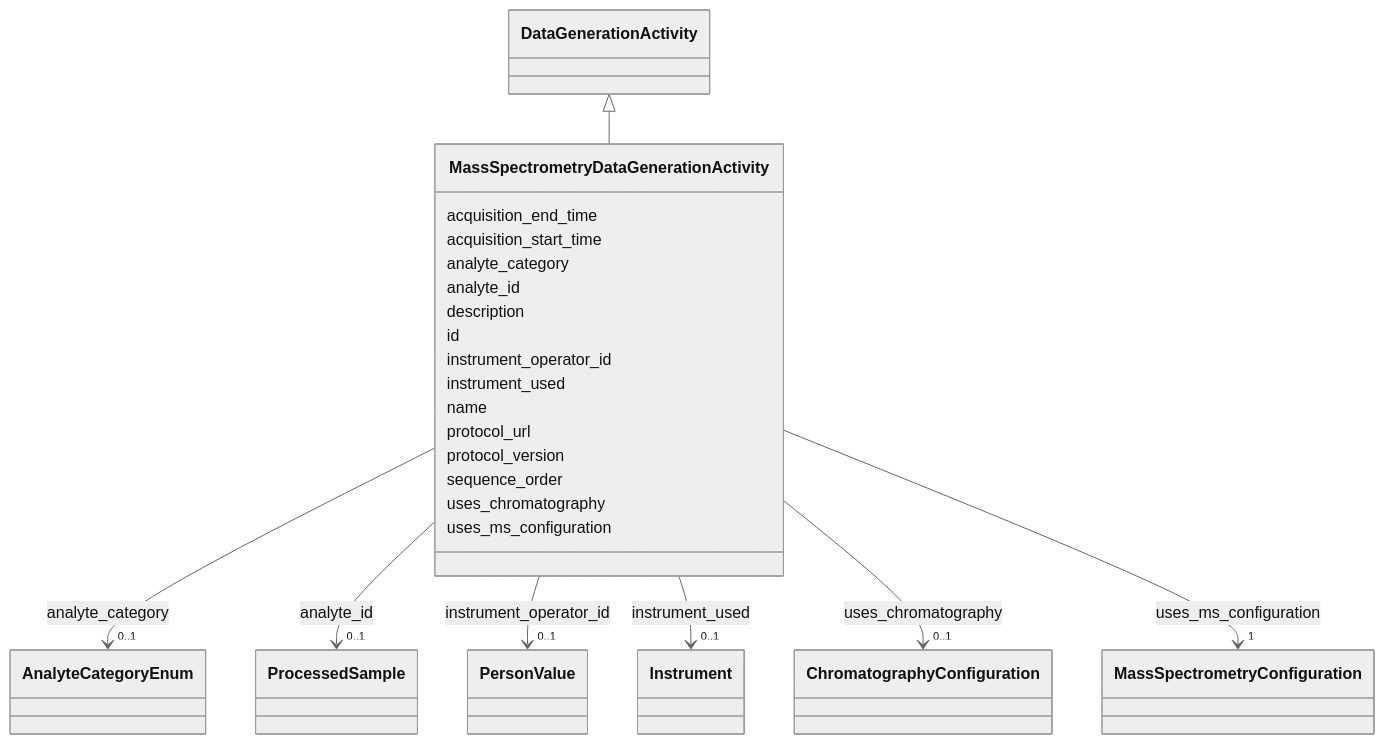
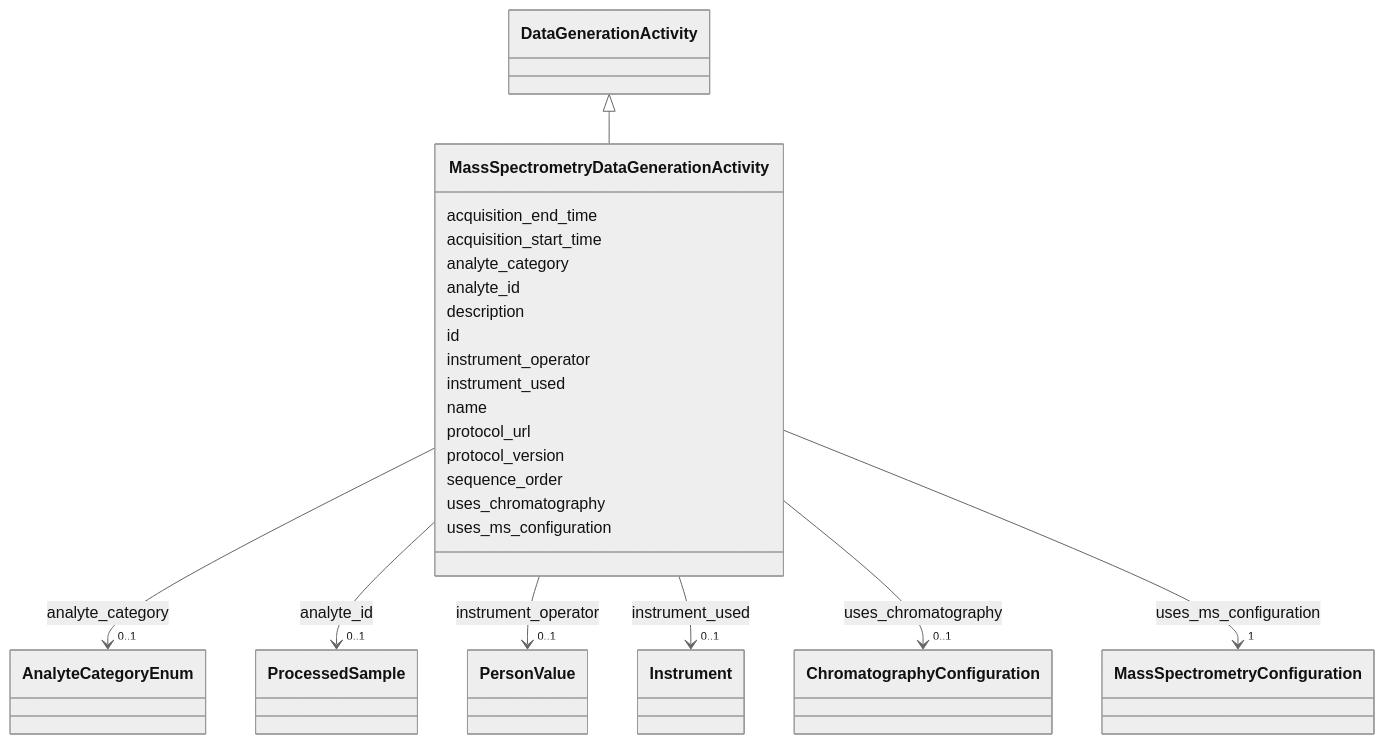
Before and after one commit to EMSL-Computing/BASALT-Schema: the diagram in docs/elements/MassSpectrometryDataGenerationActivity.md, drawn with Mermaid (neutral theme). The commit also changed other lines of this file and 550 other files, not shown here.

```diff
--- a/docs/elements/MassSpectrometryDataGenerationActivity.md
+++ b/docs/elements/MassSpectrometryDataGenerationActivity.md
@@ -52,13 +52,13 @@
         
       MassSpectrometryDataGenerationActivity : id
         
-      MassSpectrometryDataGenerationActivity : instrument_operator_id
+      MassSpectrometryDataGenerationActivity : instrument_operator
         
           
     
         
         
-        MassSpectrometryDataGenerationActivity --> "0..1" PersonValue : instrument_operator_id
+        MassSpectrometryDataGenerationActivity --> "0..1" PersonValue : instrument_operator
         click PersonValue href "../PersonValue/"
     
 
```
